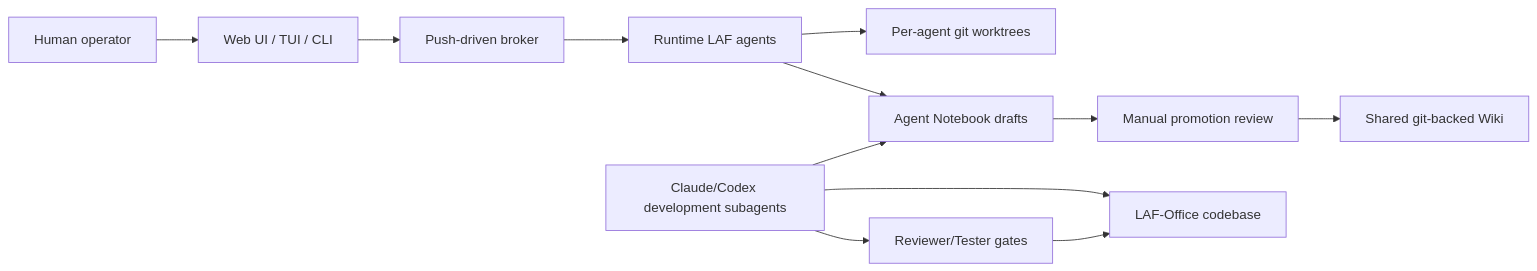
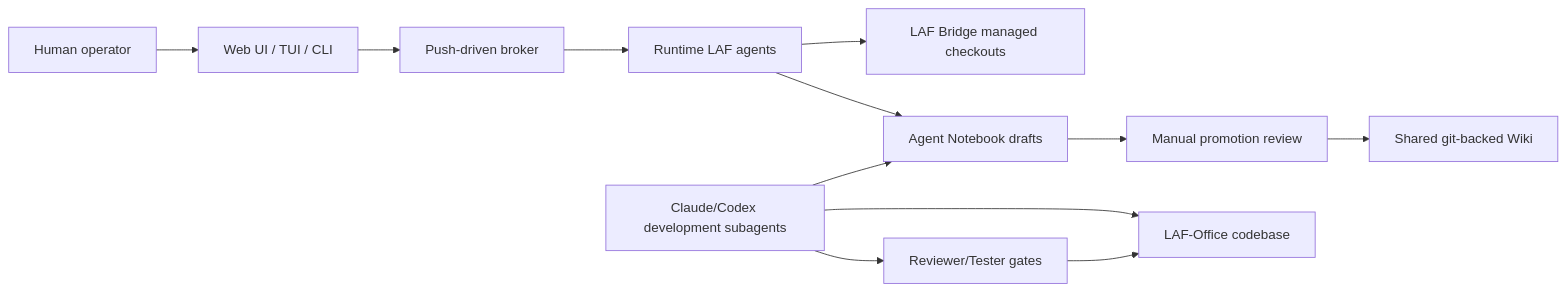
Before and after one commit to LAF-labs/LAF-Agents-Office: the diagram in docs/specs/meta-ai-agent-company.md, drawn with Mermaid. The commit also changed other lines of this file and 251 other files, not shown here.

Commit message:
Simplify hosted workspace bridge flow

````diff
--- a/docs/specs/meta-ai-agent-company.md
+++ b/docs/specs/meta-ai-agent-company.md
@@ -39,14 +41,14 @@
 ```mermaid
 flowchart LR
   Human["Human operator"] --> UI["Web UI / TUI / CLI"]
   UI --> Broker["Push-driven broker"]
   Broker --> RuntimeAgents["Runtime LAF agents"]
-  RuntimeAgents --> Worktrees["Per-agent git worktrees"]
+  RuntimeAgents --> Checkouts["LAF Bridge managed checkouts"]
   RuntimeAgents --> Notebook["Agent Notebook drafts"]
   Notebook --> Promotion["Manual promotion review"]
   Promotion --> Wiki["Shared git-backed Wiki"]
   Meta["Claude/Codex development subagents"] --> Codebase["LAF-Office codebase"]
   Meta --> Review["Reviewer/Tester gates"]
   Review --> Codebase
   Meta --> Notebook
 ```
````
